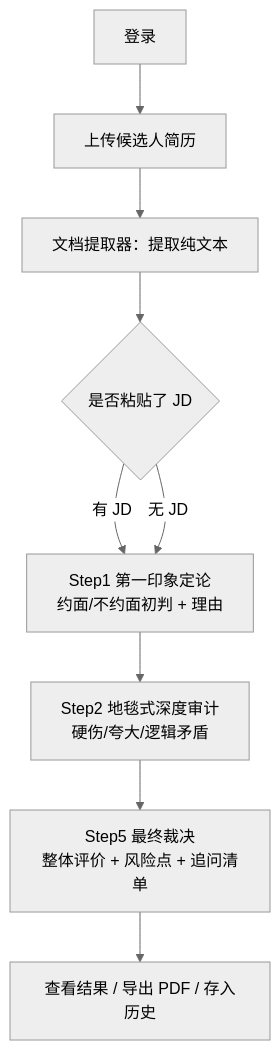
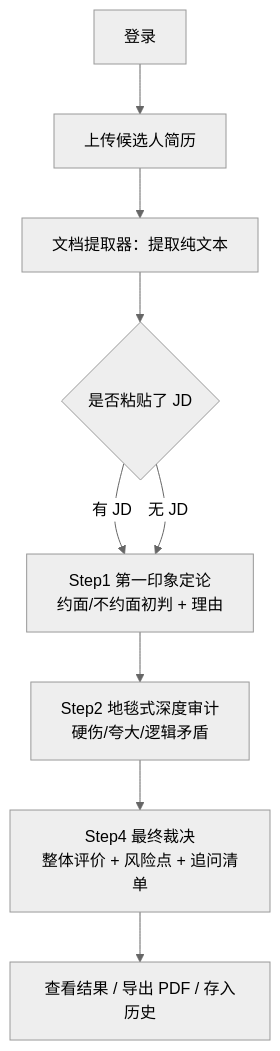
One commit to hipigod/ai-resume-coach changed the diagram in shaping/04-pages-and-flows.md. Above: the diagram before and after it, drawn with Mermaid (neutral theme). The commit also changed other lines of this file and 6 other files, not shown here.

````diff
--- a/shaping/04-pages-and-flows.md
+++ b/shaping/04-pages-and-flows.md
@@ -15,11 +15,11 @@
 ```mermaid
 flowchart TD
   A[登录] --> B[上传候选人简历]
   B --> C[文档提取器：提取纯文本]
   C --> D{是否粘贴了 JD}
   D -- 有 JD --> E1[Step1 第一印象定论<br/>约面/不约面初判 + 理由]
   D -- 无 JD --> E1
   E1 --> F[Step2 地毯式深度审计<br/>硬伤/夸大/逻辑矛盾]
-  F --> G[Step5 最终裁决<br/>整体评价 + 风险点 + 追问清单]
+  F --> G[Step4 最终裁决<br/>整体评价 + 风险点 + 追问清单]
   G --> H[查看结果 / 导出 PDF / 存入历史]
 ```
````
